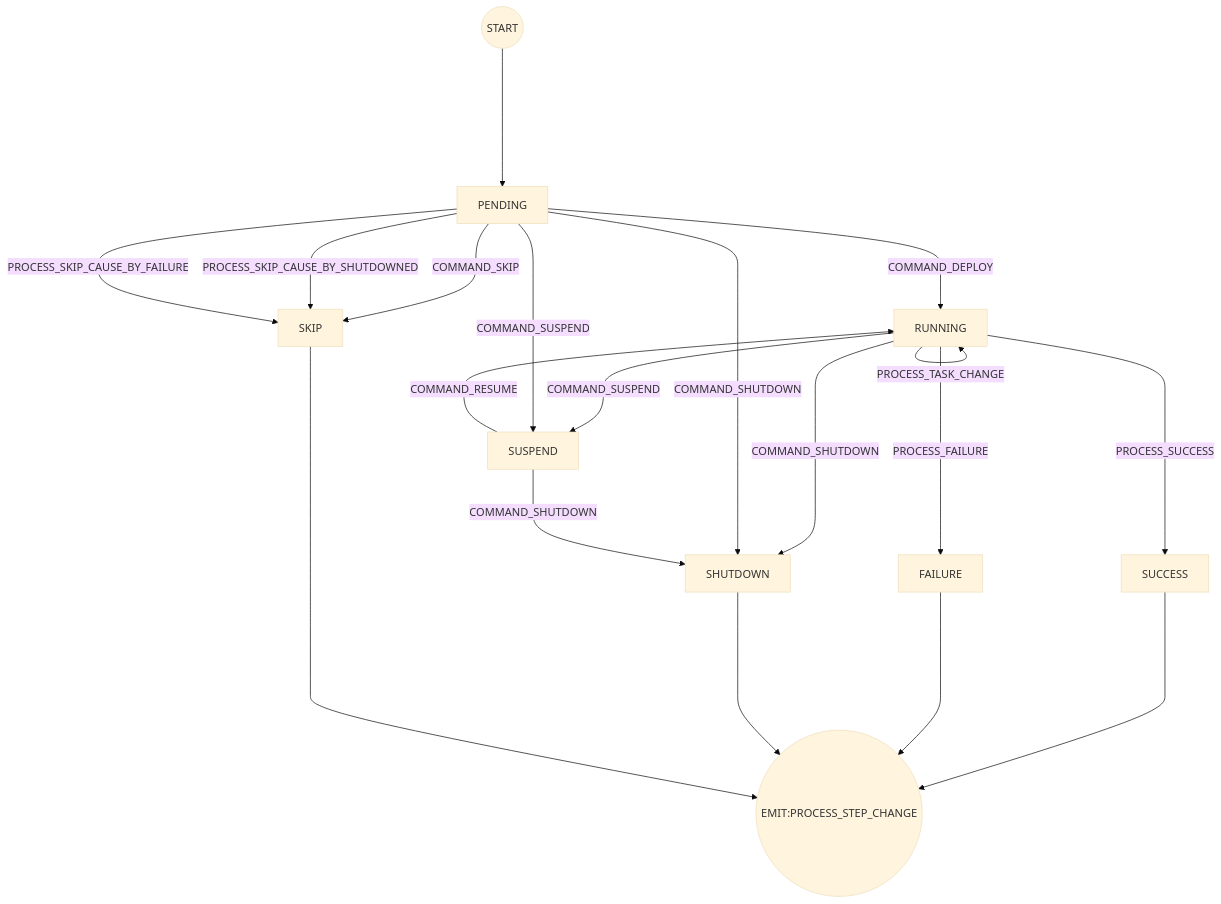
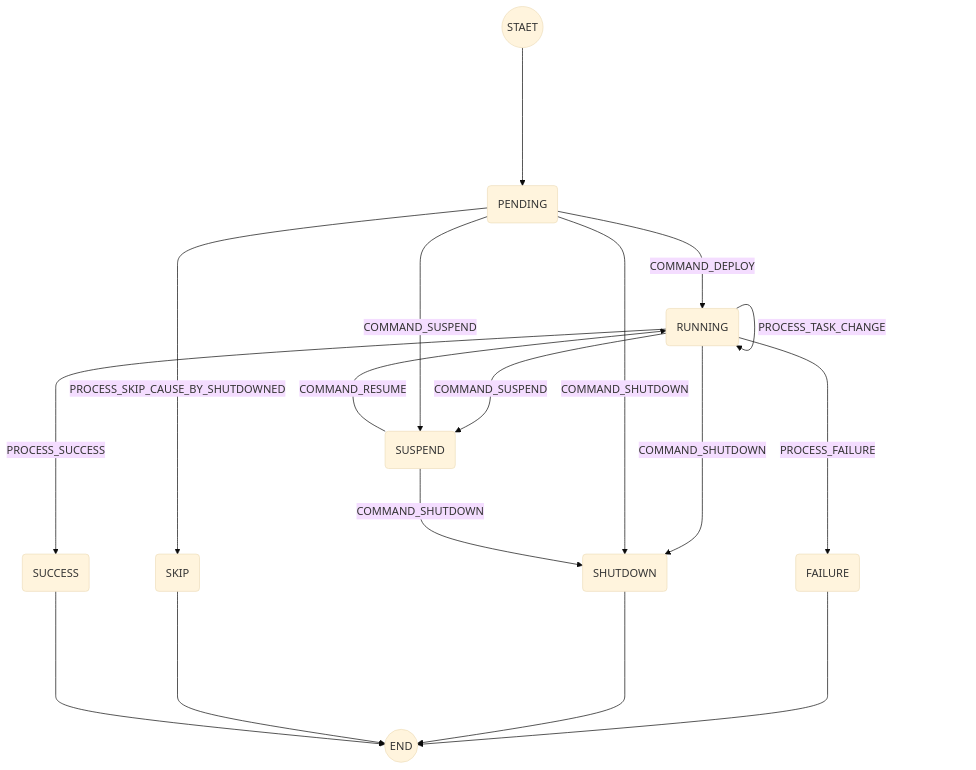
One commit to kalencaya/docs changed the second of 3 diagrams in docs/2025/zh/project/workflow/orchestration/design.md. Above: the diagram before and after it, drawn with Mermaid (base theme). The commit also changed other lines of this file, not shown here.

````diff
--- a/docs/2025/zh/project/workflow/orchestration/design.md
+++ b/docs/2025/zh/project/workflow/orchestration/design.md
@@ -150,21 +152,21 @@
 ```mermaid
 flowchart TD;
-		START((START)) -----> PENDING;
-    PENDING -- COMMAND_DEPLOY ---> RUNNING;
-    RUNNING -- PROCESS_TASK_CHANGE ---> RUNNING;
-    RUNNING -- PROCESS_SUCCESS ---> SUCCESS;
-    RUNNING -- PROCESS_FAILURE ---> FAILURE;
-    RUNNING -- COMMAND_SUSPEND ---> SUSPEND;
-    RUNNING -- COMMAND_SHUTDOWN ---> SHUTDOWN;
-    PENDING -- COMMAND_SHUTDOWN ---> SHUTDOWN;
-    PENDING -- COMMAND_SUSPEND ---> SUSPEND;
-    SUSPEND -- COMMAND_RESUME ---> RUNNING;
-    SUSPEND -- COMMAND_SHUTDOWN ---> SHUTDOWN;
-    PENDING -- COMMAND_SKIP ---> SKIP;
-    PENDING -- PROCESS_SKIP_CAUSE_BY_SHUTDOWNED ---> SKIP;
-    PENDING -- PROCESS_SKIP_CAUSE_BY_FAILURE ---> SKIP;
-    SUCCESS -----> END((EMIT:PROCESS_STEP_CHANGE));
-    FAILURE -----> END;
-    SHUTDOWN -----> END;
-    SKIP ----->END;
+START((STAET));
+START -----> PENDING;
+RUNNING(RUNNING) -- COMMAND_SHUTDOWN --->SHUTDOWN(SHUTDOWN);
+RUNNING(RUNNING) -- PROCESS_SUCCESS --->SUCCESS(SUCCESS);
+RUNNING(RUNNING) -- COMMAND_SUSPEND --->SUSPEND(SUSPEND);
+RUNNING(RUNNING) -- PROCESS_FAILURE --->FAILURE(FAILURE);
+RUNNING(RUNNING) -- PROCESS_TASK_CHANGE --->RUNNING(RUNNING);
+PENDING(PENDING) -- COMMAND_SHUTDOWN --->SHUTDOWN(SHUTDOWN);
+PENDING(PENDING) -- PROCESS_SKIP_CAUSE_BY_SHUTDOWNED --->SKIP(SKIP);
+PENDING(PENDING) -- COMMAND_DEPLOY --->RUNNING(RUNNING);
+PENDING(PENDING) -- COMMAND_SUSPEND --->SUSPEND(SUSPEND);
+SUSPEND(SUSPEND) -- COMMAND_SHUTDOWN --->SHUTDOWN(SHUTDOWN);
+SUSPEND(SUSPEND) -- COMMAND_RESUME --->RUNNING(RUNNING);
+END((END));
+FAILURE -----> END;
+SHUTDOWN -----> END;
+SKIP -----> END;
+SUCCESS -----> END;
 ```
````
